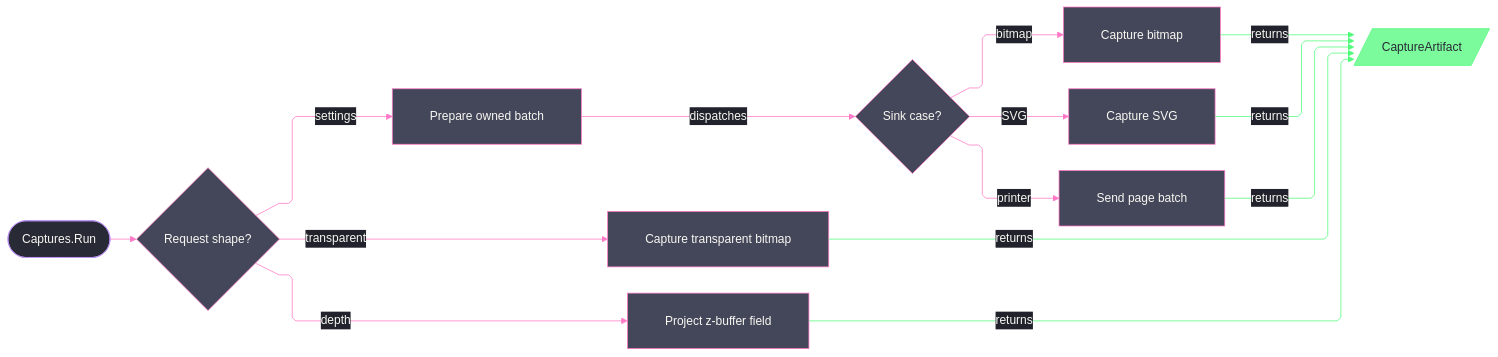
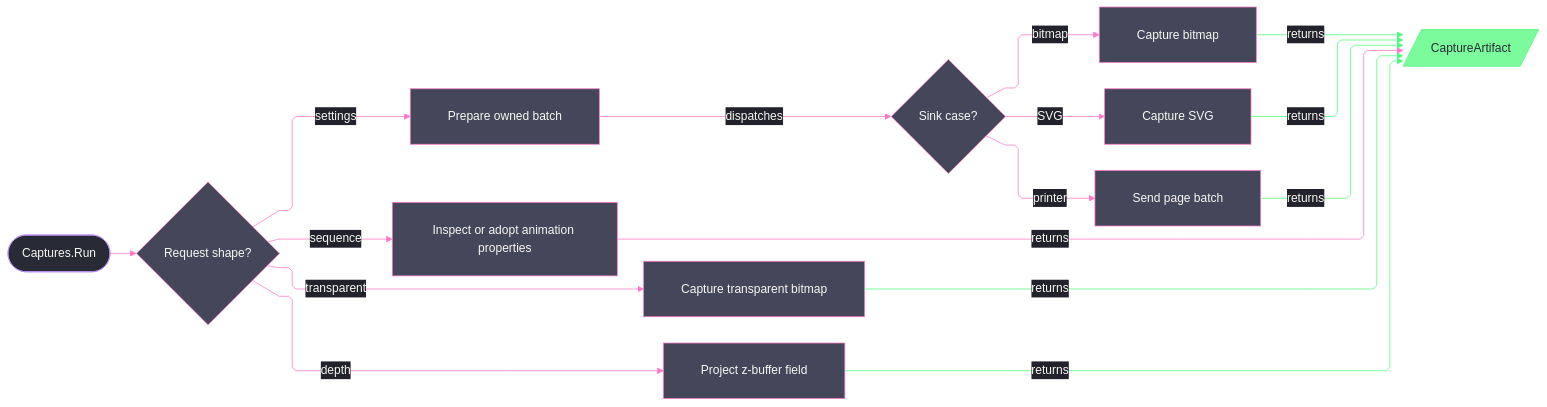
One commit to bsamiee/Rasm changed the diagram in libs/csharp/Rasm.Rhino/.planning/Viewport/capture.md. Above: the diagram before and after it, drawn with Mermaid. The commit also changed other lines of this file and 70 other files, not shown here.

````diff
--- a/libs/csharp/Rasm.Rhino/.planning/Viewport/capture.md
+++ b/libs/csharp/Rasm.Rhino/.planning/Viewport/capture.md
@@ -1274,48 +1552,50 @@
 ```mermaid
 ---
 config:
   theme: base
   look: classic
   layout: elk
   flowchart:
     curve: linear
     padding: 25
   themeVariables:
     darkMode: true
     fontFamily: "SF Mono, Menlo, Cascadia Mono, Segoe UI Mono, Consolas, monospace"
     useGradient: false
     dropShadow: "none"
     background: "#282A36"
     primaryColor: "#44475A"
     primaryTextColor: "#F8F8F2"
     primaryBorderColor: "#BD93F9"
     lineColor: "#FF79C6"
     textColor: "#F8F8F2"
     edgeLabelBackground: "#21222C"
     labelBackgroundColor: "#21222C"
   themeCSS: ".nodeLabel{font-size:13px;font-weight:500}.edgeLabel{font-size:12px;font-weight:500}.edge-thickness-normal{stroke-width:2px}.edge-thickness-thick{stroke-width:3px}.edge-pattern-dashed,.edge-pattern-dotted{stroke-width:1.5px;stroke-dasharray:4 6}.node rect,.node circle,.node polygon,.node path,.node .outer-path{stroke-width:1.5px;filter:none!important}.marker path{transform:scale(.8);transform-origin:5px 5px}.marker circle{transform:scale(.48);transform-origin:5px 5px}.edgeLabel rect{transform-box:fill-box;transform-origin:center;transform:scale(1.1,1.2)}"
 ---
 flowchart LR
     accTitle: Capture request dispatch
-    accDescr: One capture entry dispatches settings, transparent, and depth requests, keeps prepared settings and the z-buffer capsule bracketed, and rejoins bitmap, SVG, printer, and depth arms at one artifact.
+    accDescr: One capture entry dispatches settings, transparent, depth, and sequence requests, keeps native resources bracketed, and rejoins every arm at one artifact.
     Run([Captures.Run]) --> Shape{Request shape?}
     Shape -->|"settings"| Prepare[Prepare owned batch]
     Shape -->|"transparent"| Transparent[Capture transparent bitmap]
     Prepare -->|"dispatches"| Sink{Sink case?}
     Sink -->|"bitmap"| Raster[Capture bitmap]
     Sink -->|"SVG"| Vector[Capture SVG]
     Sink -->|"printer"| Print[Send page batch]
     Raster -->|"returns"| Artifact[/CaptureArtifact/]
     Vector -->|"returns"| Artifact
     Print -->|"returns"| Artifact
     Transparent -->|"returns"| Artifact
     Shape -->|"depth"| Depth[Project z-buffer field]
     Depth -->|"returns"| Artifact
+    Shape -->|"sequence"| Sequence[Inspect or adopt animation properties]
+    Sequence -->|"returns"| Artifact
     linkStyle 7,8,9,10,12 stroke:#50FA7B,color:#F8F8F2
     classDef primary fill:#44475A,stroke:#FF79C6,color:#F8F8F2
     classDef success fill:#50FA7BBF,stroke:#50FA7B,color:#282A36
     classDef boundary fill:#282A36,stroke:#BD93F9,color:#F8F8F2
-    class Shape,Prepare,Sink,Raster,Vector,Print,Transparent,Depth primary
+    class Shape,Prepare,Sink,Raster,Vector,Print,Transparent,Depth,Sequence primary
     class Artifact success
     class Run boundary
 ```
````
